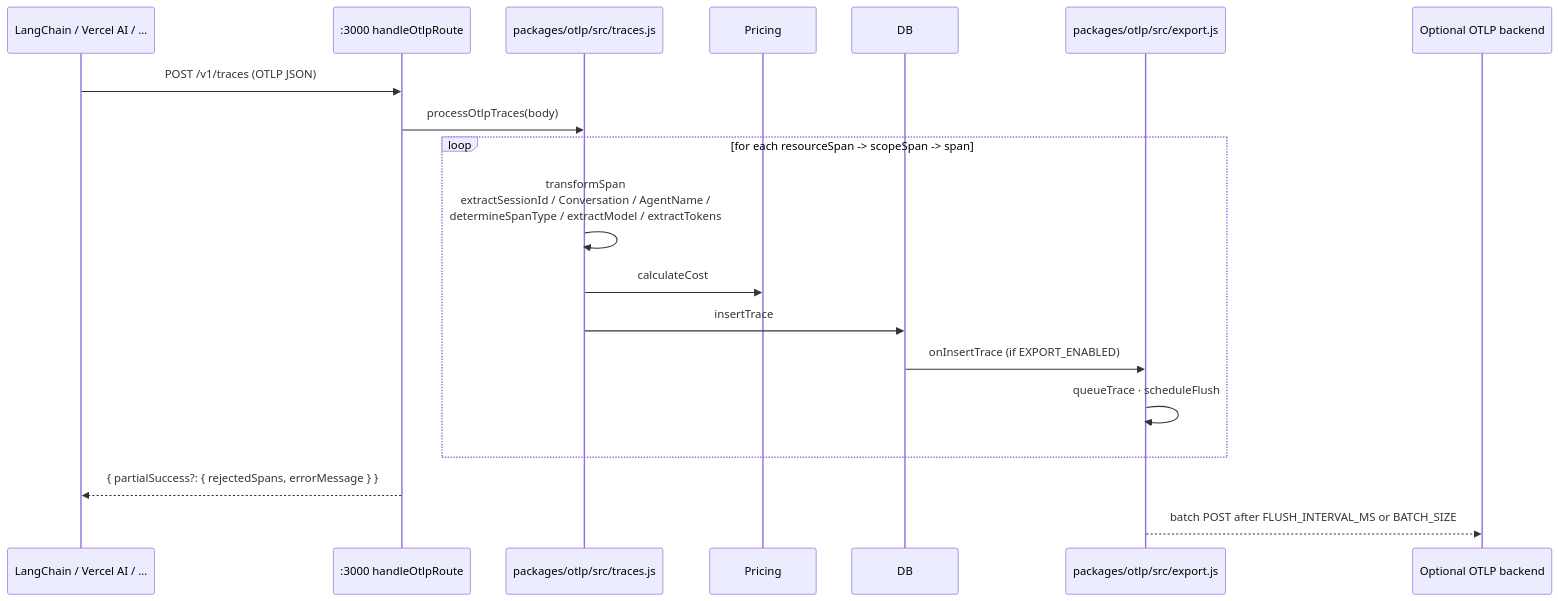
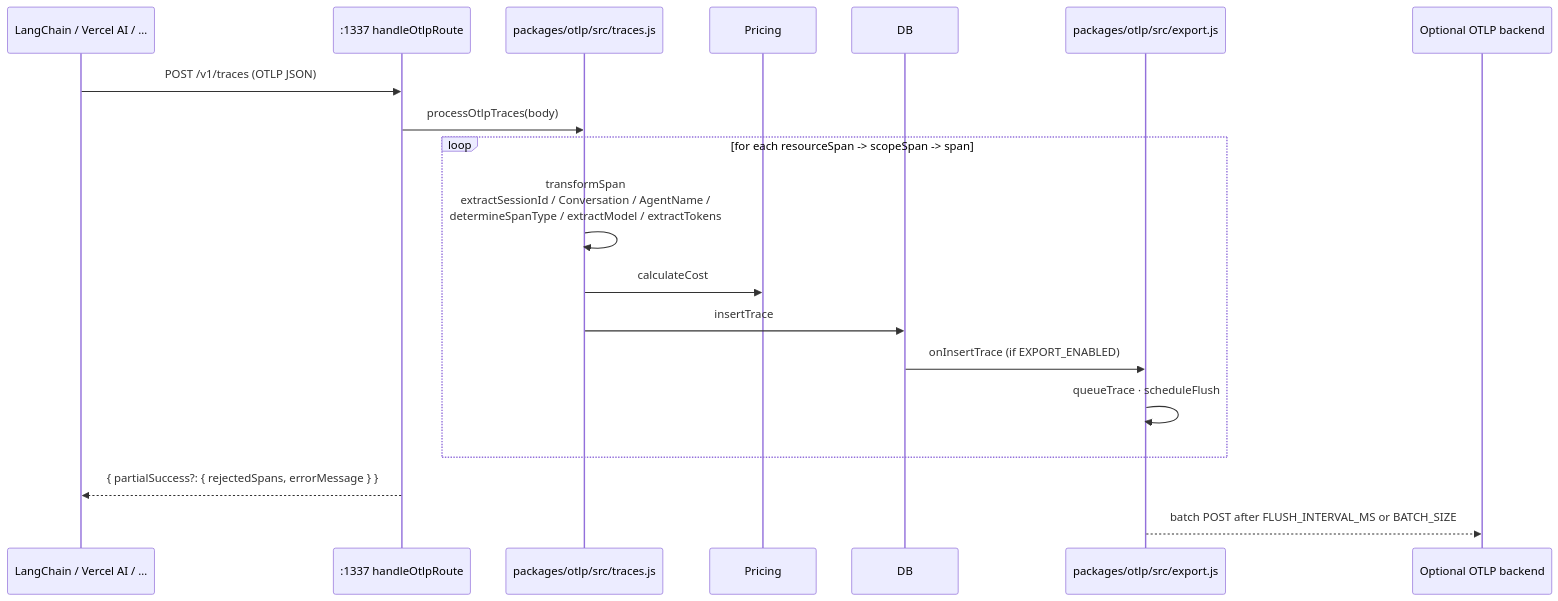
The eighth of 10 diagrams in ARCHITECTURE.md (HelgeSverre/llmflow), drawn with Mermaid before and after one commit. The commit also changed other lines of this file and 5 other files, not shown here.

````diff
--- a/ARCHITECTURE.md
+++ b/ARCHITECTURE.md
@@ -479,22 +479,22 @@
 ```mermaid
 sequenceDiagram
     participant Framework as LangChain / Vercel AI / …
-    participant Recv as :3000 handleOtlpRoute
+    participant Recv as :1337 handleOtlpRoute
     participant Transform as packages/otlp/src/traces.js
     participant Pricing
     participant DB
     participant Export as packages/otlp/src/export.js
     participant Upstream as Optional OTLP backend
 
     Framework->>Recv: POST /v1/traces (OTLP JSON)
     Recv->>Transform: processOtlpTraces(body)
     loop for each resourceSpan -> scopeSpan -> span
         Transform->>Transform: transformSpan<br/>extractSessionId / Conversation / AgentName /<br/>determineSpanType / extractModel / extractTokens
         Transform->>Pricing: calculateCost
         Transform->>DB: insertTrace
         DB->>Export: onInsertTrace (if EXPORT_ENABLED)
         Export->>Export: queueTrace · scheduleFlush
     end
     Recv-->>Framework: { partialSuccess?: { rejectedSpans, errorMessage } }
     Export-->>Upstream: batch POST after FLUSH_INTERVAL_MS or BATCH_SIZE
 ```
````
